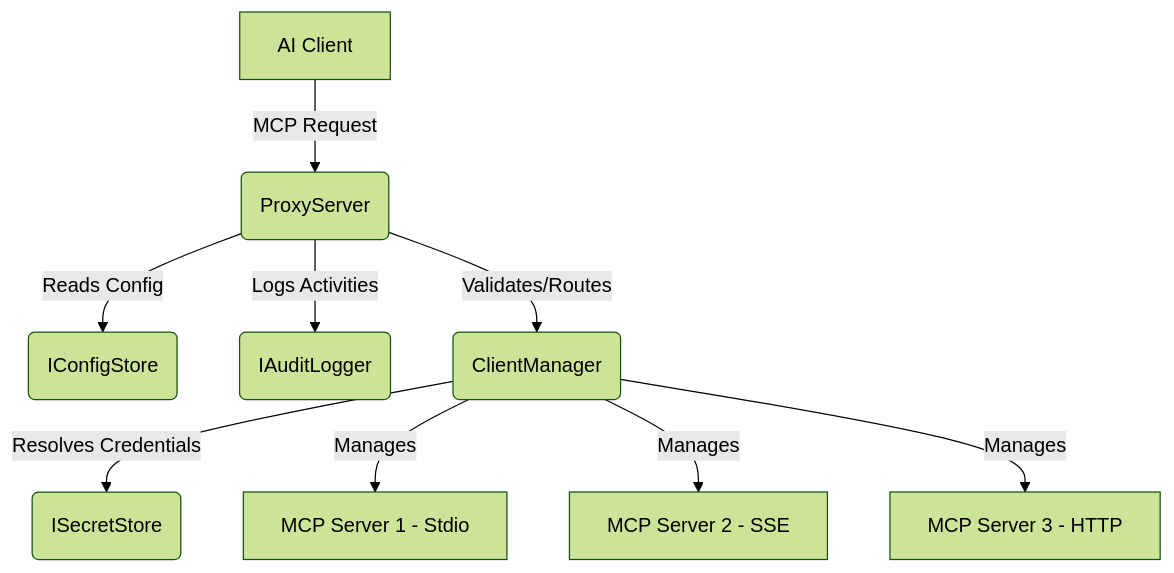
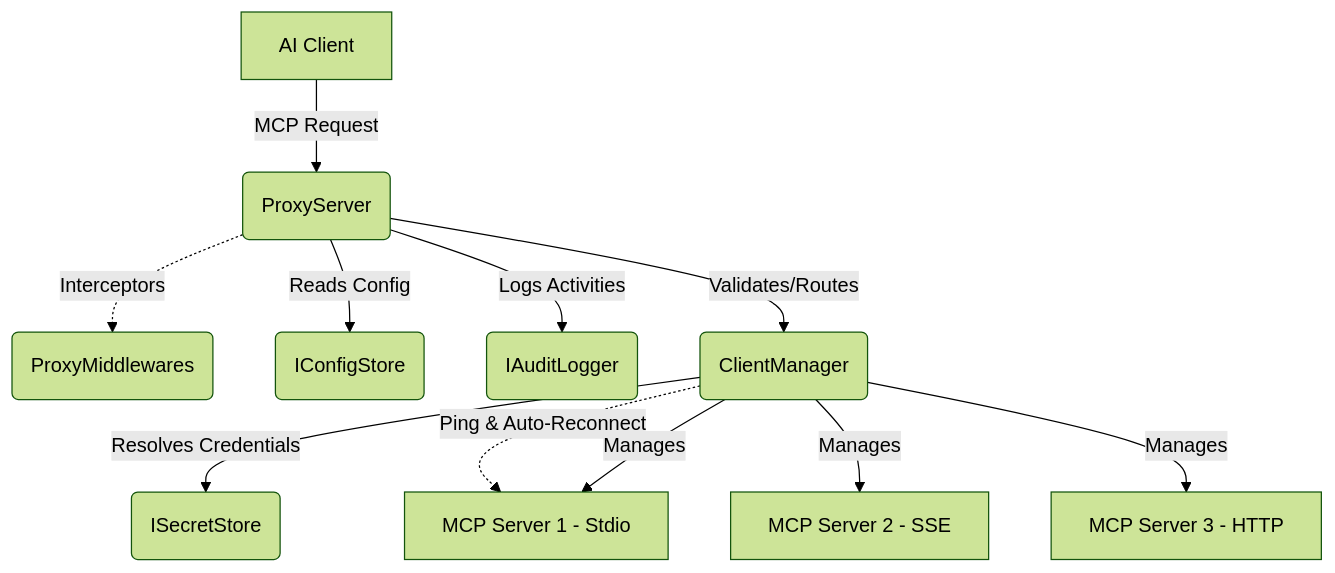
Before and after one commit to Cyber-Sec-Space/aag-core: the first of 2 diagrams in ARCHITECTURE.md, drawn with Mermaid (forest theme). The commit also changed other lines of this file and 1 other file, not shown here.

Commit message:
docs: update architecture mermaid diagrams to include middlewares and keep-alive behaviors

````diff
--- a/ARCHITECTURE.md
+++ b/ARCHITECTURE.md
@@ -20,13 +20,15 @@
 ```mermaid
 graph TD
     Client[AI Client] -->|MCP Request| Proxy(ProxyServer)
     
+    Proxy -.->|Interceptors| MW(ProxyMiddlewares)
     Proxy -->|Reads Config| Config(IConfigStore)
     Proxy -->|Logs Activities| Logger(IAuditLogger)
     Proxy -->|Validates/Routes| CM(ClientManager)
     
     CM -->|Resolves Credentials| Secrets(ISecretStore)
+    CM -.->|Ping & Auto-Reconnect| Downstream1
     CM -->|Manages| Downstream1[MCP Server 1 - Stdio]
     CM -->|Manages| Downstream2[MCP Server 2 - SSE]
     CM -->|Manages| Downstream3[MCP Server 3 - HTTP]
 ```
````
